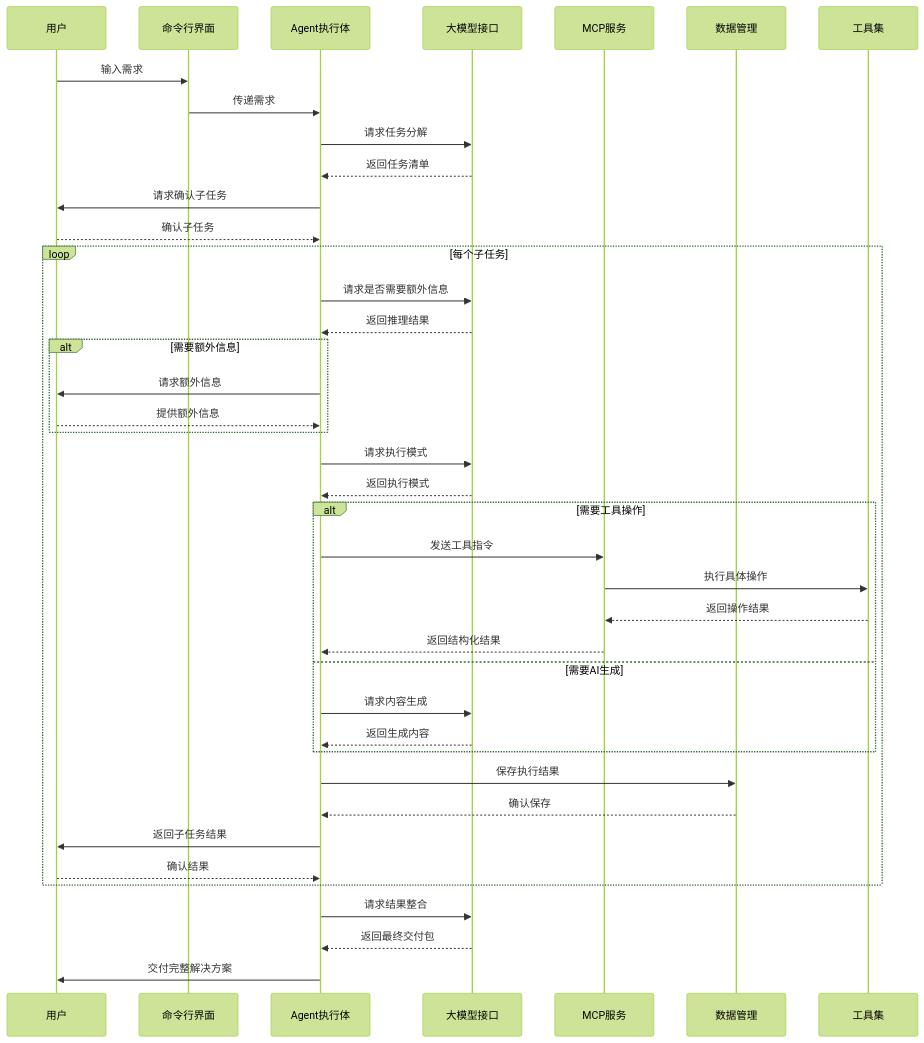
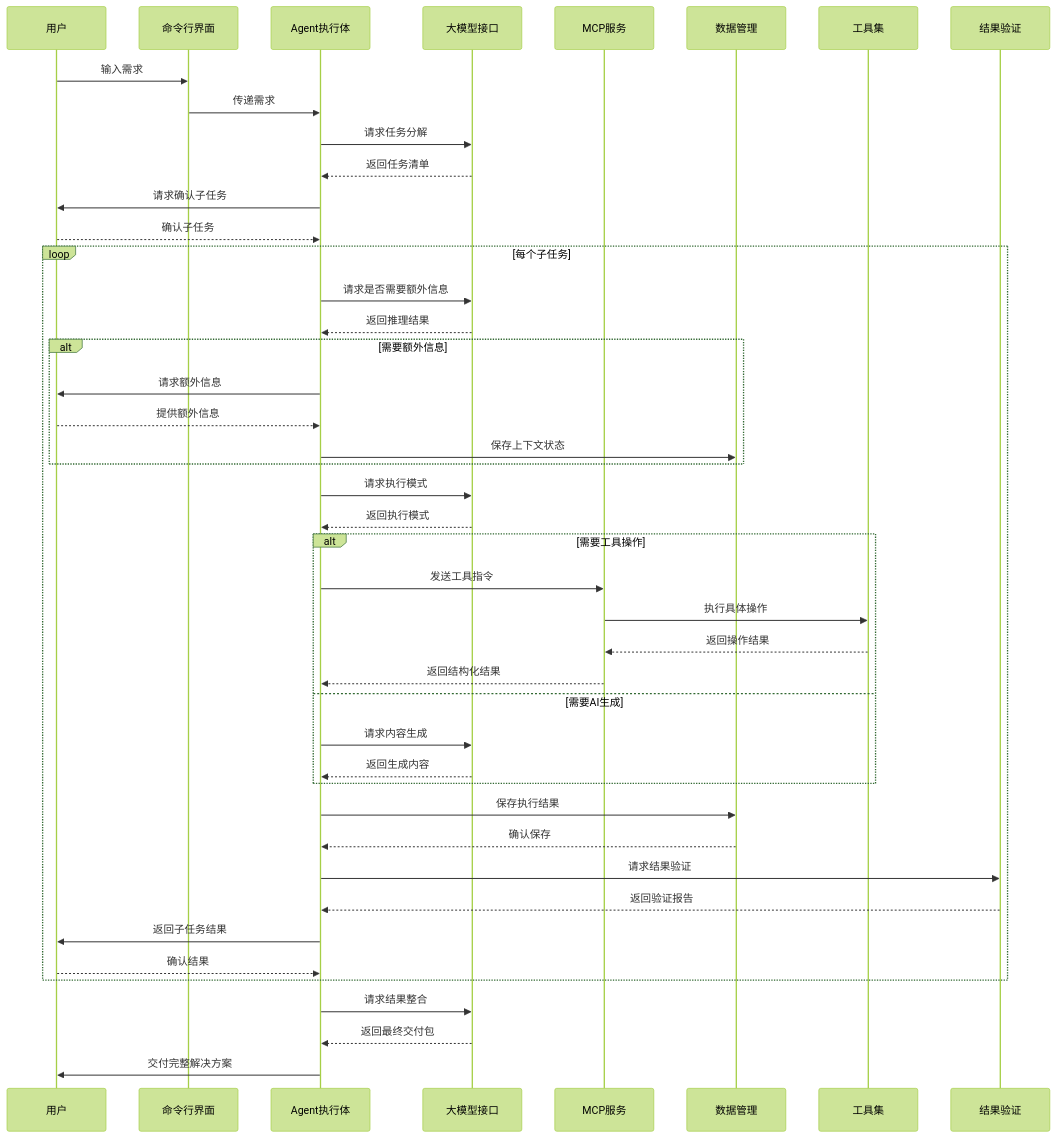
The second of 3 diagrams in doc/architecture.md (wangchengyu/AI-Agent-Flow), drawn with Mermaid (forest theme) before and after one commit. The commit also changed other lines of this file and 17 other files, not shown here.

````diff
--- a/doc/architecture.md
+++ b/doc/architecture.md
@@ -42,50 +41,55 @@
 ```mermaid
 sequenceDiagram
     participant User as 用户
     participant CLI as 命令行界面
     participant Agent as Agent执行体
     participant LLM as 大模型接口
     participant MCP as MCP服务
     participant Data as 数据管理
     participant Tools as 工具集
+    participant Validator as 结果验证
     
     User->>CLI: 输入需求
     CLI->>Agent: 传递需求
     Agent->>LLM: 请求任务分解
     LLM-->>Agent: 返回任务清单
     Agent->>User: 请求确认子任务
     User-->>Agent: 确认子任务
     
     loop 每个子任务
         Agent->>LLM: 请求是否需要额外信息
         LLM-->>Agent: 返回推理结果
         
         alt 需要额外信息
             Agent->>User: 请求额外信息
             User-->>Agent: 提供额外信息
+            Agent->>Data: 保存上下文状态
         end
         
         Agent->>LLM: 请求执行模式
         LLM-->>Agent: 返回执行模式
         
         alt 需要工具操作
             Agent->>MCP: 发送工具指令
             MCP->>Tools: 执行具体操作
             Tools-->>MCP: 返回操作结果
             MCP-->>Agent: 返回结构化结果
         else 需要AI生成
             Agent->>LLM: 请求内容生成
             LLM-->>Agent: 返回生成内容
         end
         
         Agent->>Data: 保存执行结果
         Data-->>Agent: 确认保存
         
+        Agent->>Validator: 请求结果验证
+        Validator-->>Agent: 返回验证报告
+        
         Agent->>User: 返回子任务结果
         User-->>Agent: 确认结果
     end
     
     Agent->>LLM: 请求结果整合
     LLM-->>Agent: 返回最终交付包
     Agent->>User: 交付完整解决方案
 ```
````
